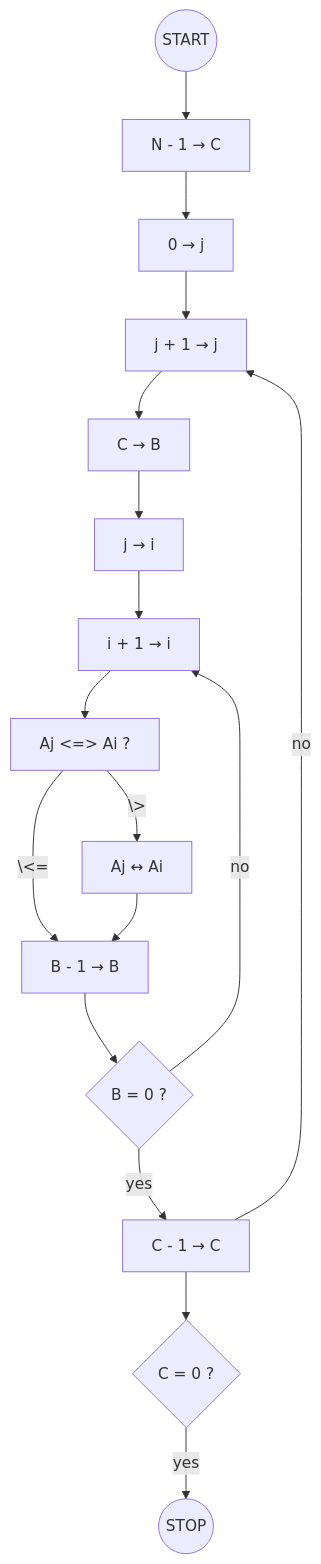
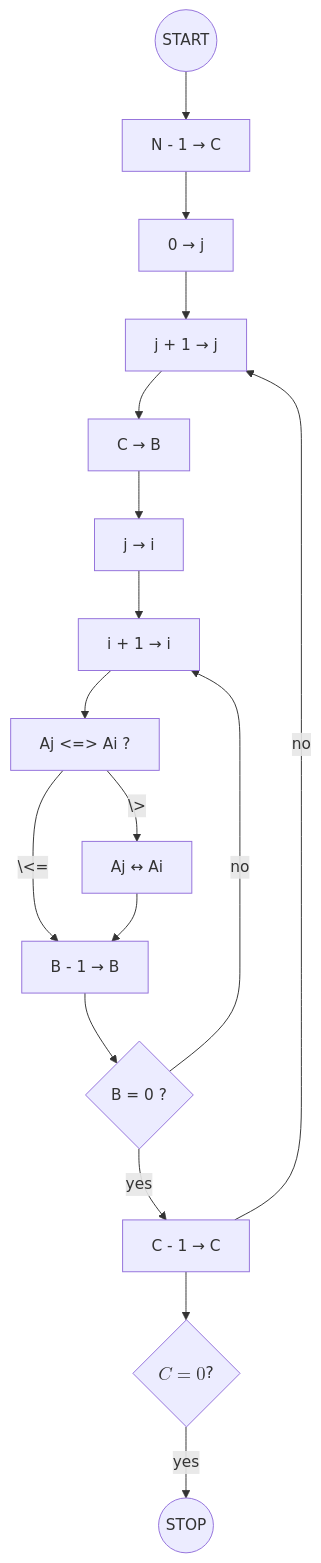
The diagram in SortAndDivision/README.md (Ryuji-Hazama/LegacyVsModern), drawn with Mermaid before and after one commit.

Commit message:
Math Symbol Test2

````diff
--- a/SortAndDivision/README.md
+++ b/SortAndDivision/README.md
@@ -7,21 +7,21 @@
 ```mermaid
 graph TD
 
 SortStart(("START")) --> 1["N - 1 &rarr; C"];
 1 --> 2["0 &rarr; j"];
 2 --> 3["j + 1 &rarr; j"];
 3 --> 4["C &rarr; B"];
 4 --> 5["j &rarr; i"];
 5 --> 6["i + 1 &rarr; i"];
 6 --> 7["Aj <=> Ai ?"];
 7 --\<=--> 9["B - 1 &rarr; B"];
 7 --\>--> 8["Aj &harr; Ai"];
 8 --> 9;
 9 --> 10{"B = 0 ?"};
 10 --yes--> 11["C - 1 &rarr; C"];
 10 --"no"--> 6;
-11 --> 12{"C = 0 ?"};
+11 --> 12{" $$C = 0$$ ?"};
 12 --yes--> SortStop(("STOP"));
 11 --"no"--> 3;
 
 ```
````
